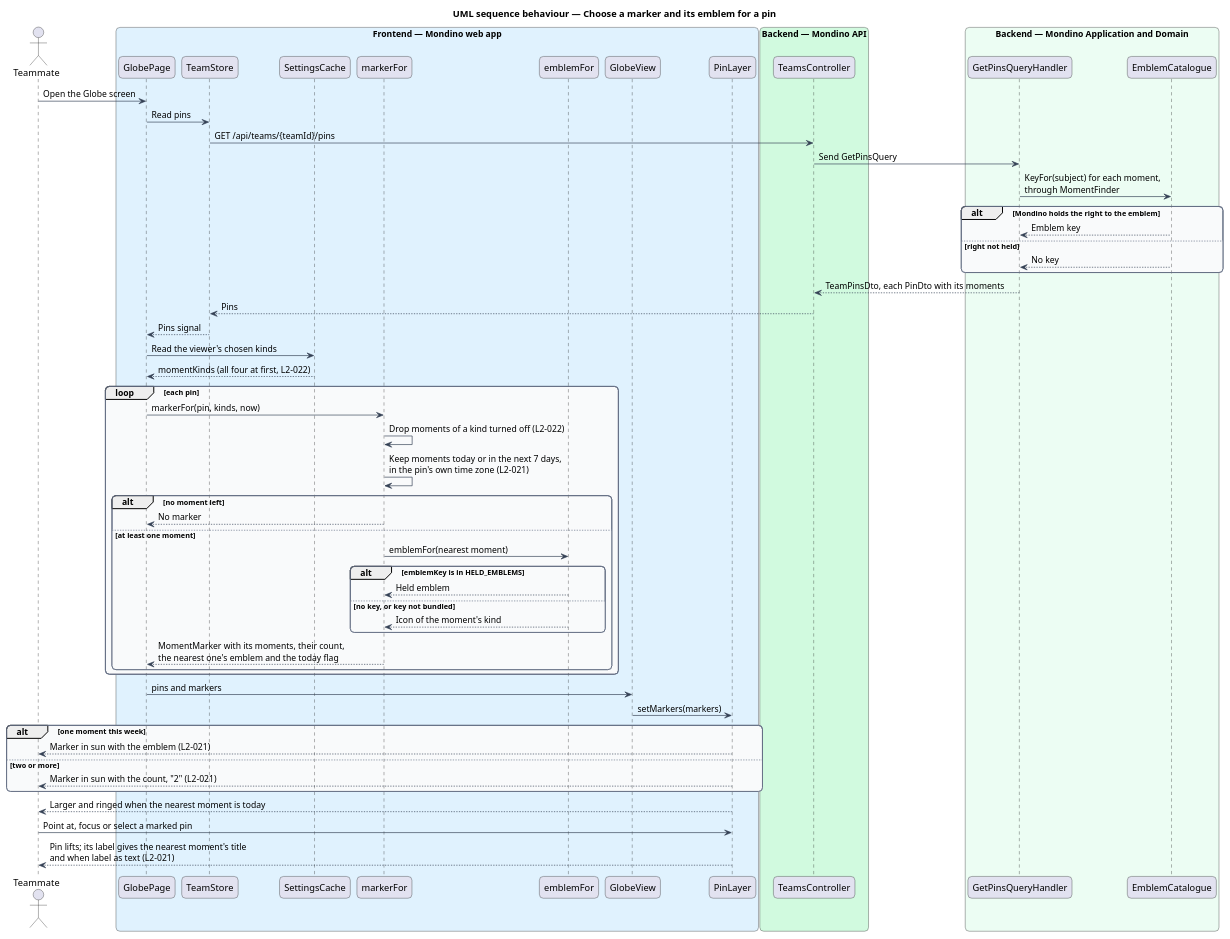
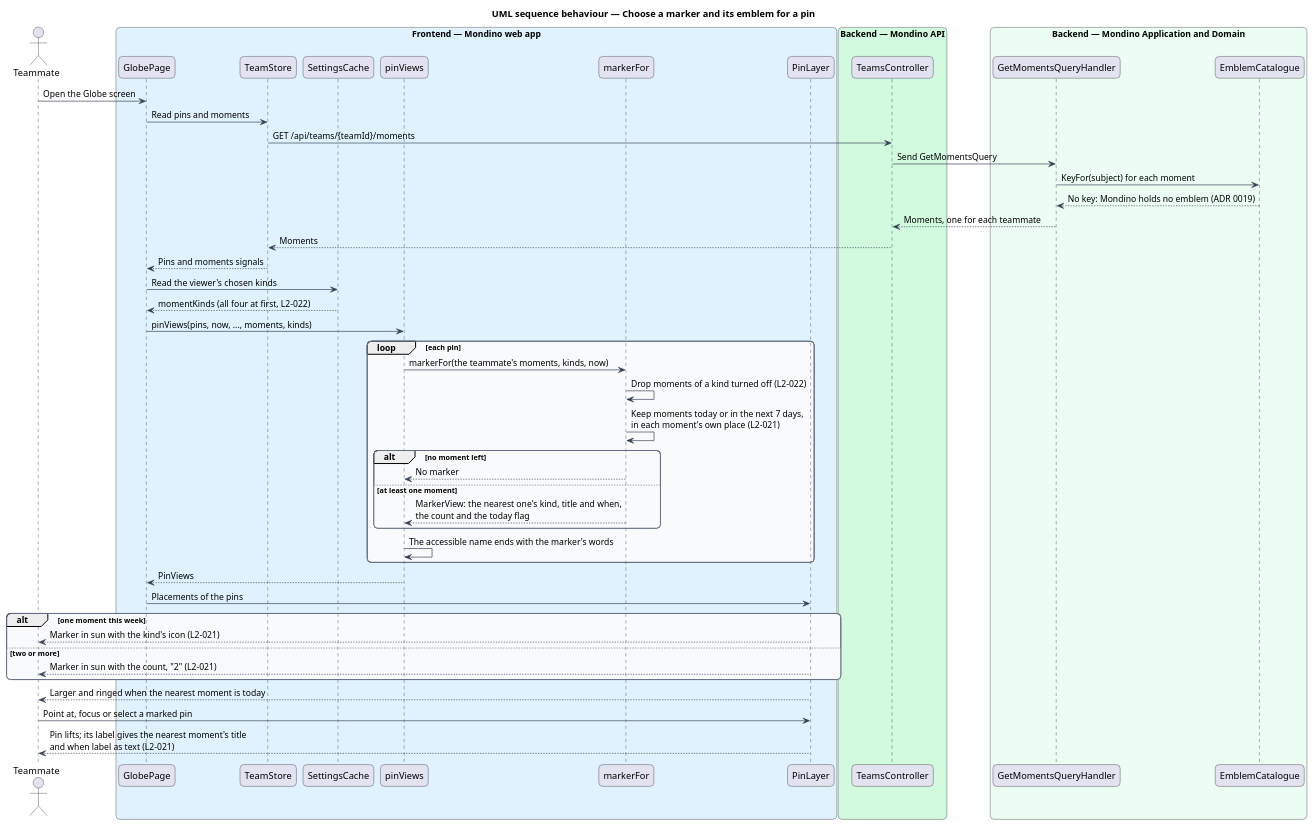
The diagram in docs/detailed-designs/moments/mark-pins-with-moments/diagrams/sequence-choose-marker.puml (QuinntyneBrown/Mondino), drawn with PlantUML before and after one commit. The commit also changed 12 other files, not shown here.

```diff
--- a/docs/detailed-designs/moments/mark-pins-with-moments/diagrams/sequence-choose-marker.puml
+++ b/docs/detailed-designs/moments/mark-pins-with-moments/diagrams/sequence-choose-marker.puml
@@ -1,76 +1,67 @@
 @startuml
 title UML sequence behaviour — Choose a marker and its emblem for a pin
 skinparam backgroundColor #FFFFFF
 skinparam shadowing false
 skinparam roundcorner 12
 skinparam defaultFontName Arial
 skinparam ArrowColor #344054
 skinparam rectangle {
   BorderColor #344054
   FontColor #101828
 }
 skinparam package {
   BorderColor #667085
   FontColor #101828
   BackgroundColor #F9FAFB
 }
 actor "Teammate" as actor
 box "Frontend — Mondino web app" #E0F2FE
   participant "GlobePage" as page
   participant "TeamStore" as store
   participant "SettingsCache" as settings
+  participant "pinViews" as views
   participant "markerFor" as marker
-  participant "emblemFor" as emblem
-  participant "GlobeView" as view
   participant "PinLayer" as layer
 end box
 box "Backend — Mondino API" #D1FADF
   participant "TeamsController" as controller
 end box
 box "Backend — Mondino Application and Domain" #ECFDF3
-  participant "GetPinsQueryHandler" as handler
+  participant "GetMomentsQueryHandler" as handler
   participant "EmblemCatalogue" as catalogue
 end box
 
 actor -> page : Open the Globe screen
-page -> store : Read pins
-store -> controller : GET /api/teams/{teamId}/pins
-controller -> handler : Send GetPinsQuery
-handler -> catalogue : KeyFor(subject) for each moment,\nthrough MomentFinder
-alt Mondino holds the right to the emblem
-  catalogue --> handler : Emblem key
-else right not held
-  catalogue --> handler : No key
-end
-handler --> controller : TeamPinsDto, each PinDto with its moments
-controller --> store : Pins
-store --> page : Pins signal
+page -> store : Read pins and moments
+store -> controller : GET /api/teams/{teamId}/moments
+controller -> handler : Send GetMomentsQuery
+handler -> catalogue : KeyFor(subject) for each moment
+catalogue --> handler : No key: Mondino holds no emblem (ADR 0019)
+handler --> controller : Moments, one for each teammate
+controller --> store : Moments
+store --> page : Pins and moments signals
 page -> settings : Read the viewer's chosen kinds
 settings --> page : momentKinds (all four at first, L2-022)
+page -> views : pinViews(pins, now, ..., moments, kinds)
 loop each pin
-  page -> marker : markerFor(pin, kinds, now)
+  views -> marker : markerFor(the teammate's moments, kinds, now)
   marker -> marker : Drop moments of a kind turned off (L2-022)
-  marker -> marker : Keep moments today or in the next 7 days,\nin the pin's own time zone (L2-021)
+  marker -> marker : Keep moments today or in the next 7 days,\nin each moment's own place (L2-021)
   alt no moment left
-    marker --> page : No marker
+    marker --> views : No marker
   else at least one moment
-    marker -> emblem : emblemFor(nearest moment)
-    alt emblemKey is in HELD_EMBLEMS
-      emblem --> marker : Held emblem
-    else no key, or key not bundled
-      emblem --> marker : Icon of the moment's kind
-    end
-    marker --> page : MomentMarker with its moments, their count,\nthe nearest one's emblem and the today flag
+    marker --> views : MarkerView: the nearest one's kind, title and when,\nthe count and the today flag
   end
+  views -> views : The accessible name ends with the marker's words
 end
-page -> view : pins and markers
-view -> layer : setMarkers(markers)
+views --> page : PinViews
+page -> layer : Placements of the pins
 alt one moment this week
-  layer --> actor : Marker in sun with the emblem (L2-021)
+  layer --> actor : Marker in sun with the kind's icon (L2-021)
 else two or more
   layer --> actor : Marker in sun with the count, "2" (L2-021)
 end
 layer --> actor : Larger and ringed when the nearest moment is today
 actor -> layer : Point at, focus or select a marked pin
 layer --> actor : Pin lifts; its label gives the nearest moment's title\nand when label as text (L2-021)
 @enduml
```
